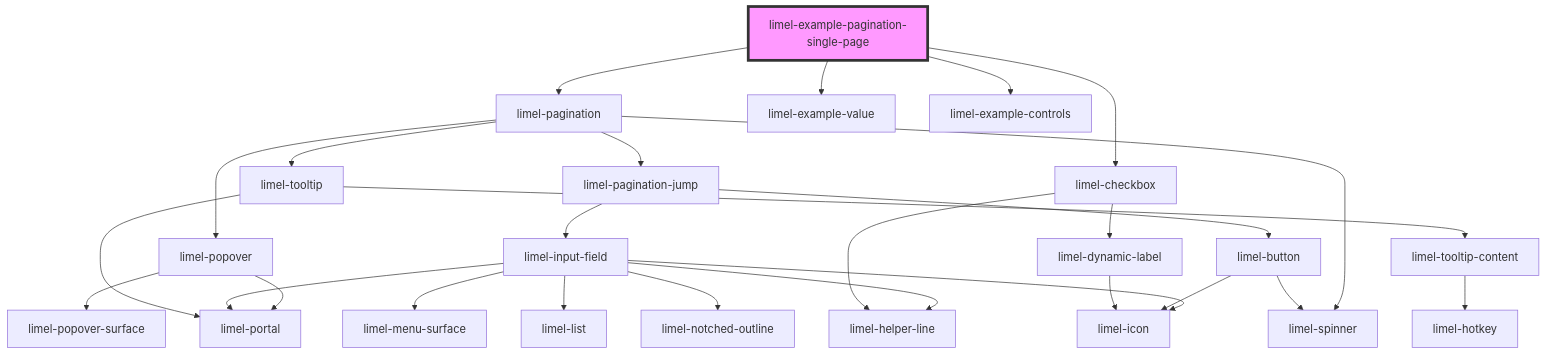
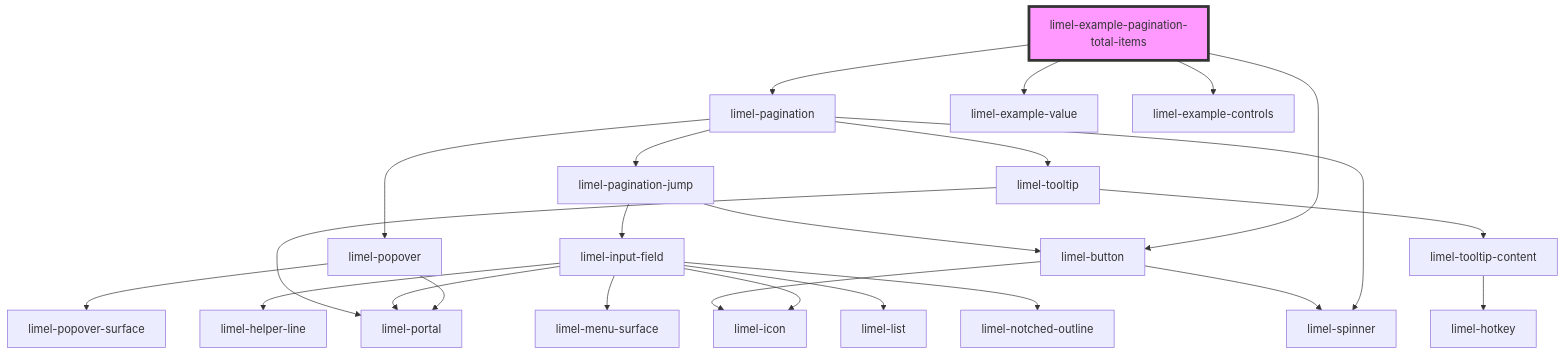
The diagram in versions/PR-4313/markdown-docs/components/pagination/examples/readme.md (Lundalogik/lime-elements), drawn with Mermaid before and after one commit. The commit also changed other lines of this file and 5 other files, not shown here.

````diff
--- a/versions/PR-4313/markdown-docs/components/pagination/examples/readme.md
+++ b/versions/PR-4313/markdown-docs/components/pagination/examples/readme.md
@@ -34,30 +41,27 @@
 ```mermaid
 graph TD;
-  limel-example-pagination-single-page --> limel-pagination
-  limel-example-pagination-single-page --> limel-example-value
-  limel-example-pagination-single-page --> limel-example-controls
-  limel-example-pagination-single-page --> limel-checkbox
+  limel-example-pagination-total-items --> limel-pagination
+  limel-example-pagination-total-items --> limel-example-value
+  limel-example-pagination-total-items --> limel-example-controls
+  limel-example-pagination-total-items --> limel-button
   limel-pagination --> limel-popover
   limel-pagination --> limel-pagination-jump
   limel-pagination --> limel-spinner
   limel-pagination --> limel-tooltip
   limel-popover --> limel-portal
   limel-popover --> limel-popover-surface
   limel-pagination-jump --> limel-input-field
   limel-pagination-jump --> limel-button
   limel-input-field --> limel-helper-line
   limel-input-field --> limel-icon
   limel-input-field --> limel-portal
   limel-input-field --> limel-menu-surface
   limel-input-field --> limel-list
   limel-input-field --> limel-notched-outline
   limel-button --> limel-icon
   limel-button --> limel-spinner
   limel-tooltip --> limel-portal
   limel-tooltip --> limel-tooltip-content
   limel-tooltip-content --> limel-hotkey
-  limel-checkbox --> limel-dynamic-label
-  limel-checkbox --> limel-helper-line
-  limel-dynamic-label --> limel-icon
-  style limel-example-pagination-single-page fill:#f9f,stroke:#333,stroke-width:4px
+  style limel-example-pagination-total-items fill:#f9f,stroke:#333,stroke-width:4px
 ```
````
